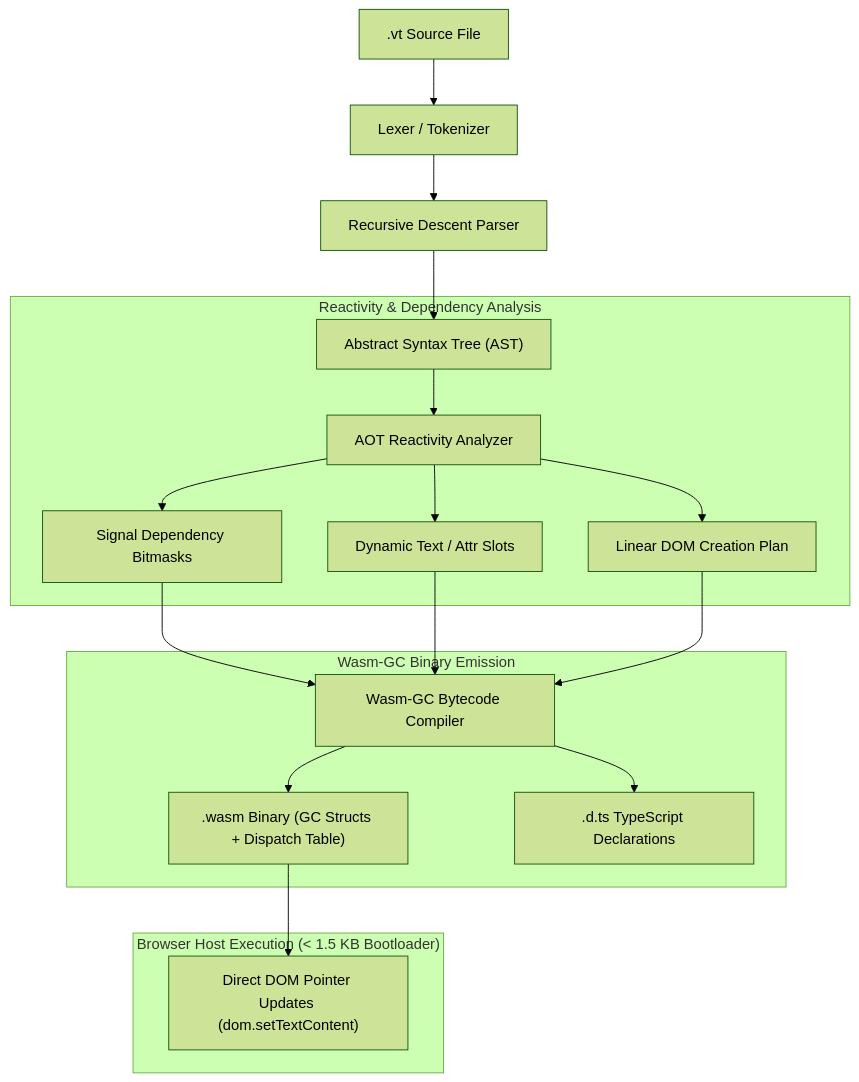
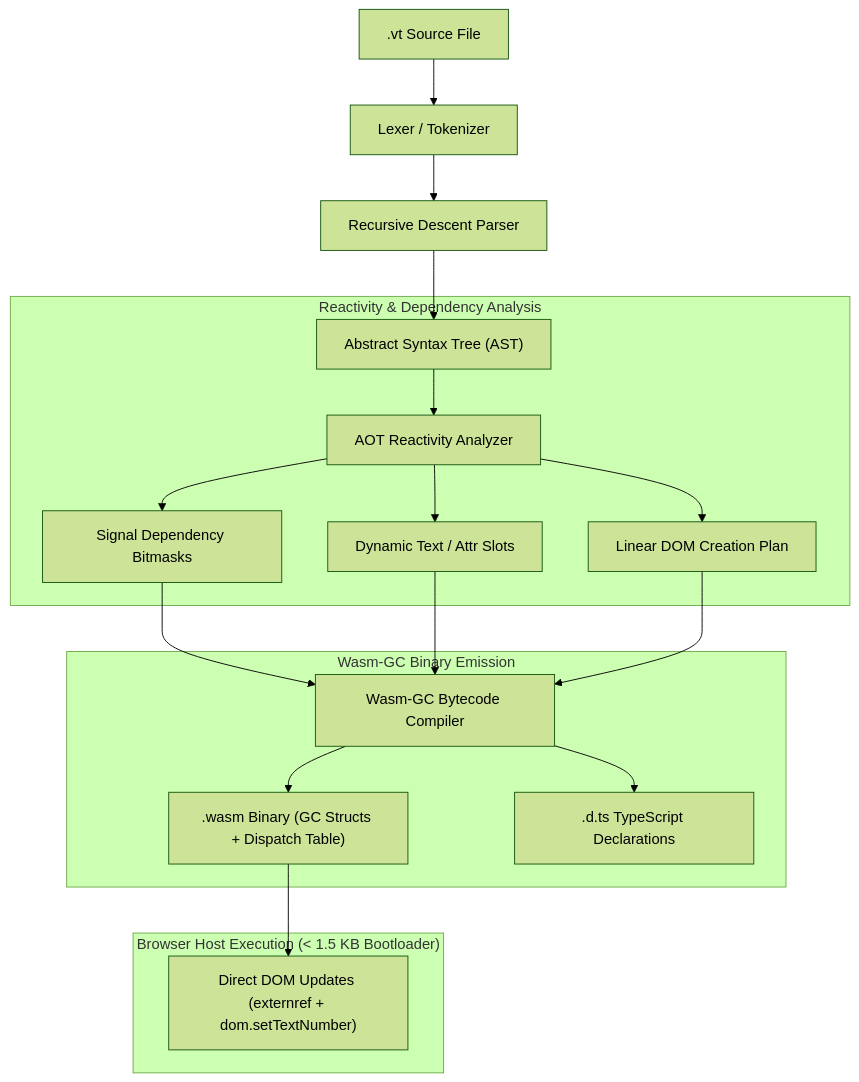
Before and after one commit to bshea-1/volt: the diagram in README.md, drawn with Mermaid (forest theme). The commit also changed other lines of this file and 12 other files, not shown here.

First line of the commit message:
Optimize reactivity with bitmask lowering, externref DOM integration, and AOT compiler passes

````diff
--- a/README.md
+++ b/README.md
@@ -76,25 +76,25 @@
 ```mermaid
 flowchart TD
     Source[".vt Source File"] --> Lexer["Lexer / Tokenizer"]
     Lexer --> Parser["Recursive Descent Parser"]
     Parser --> AST["Abstract Syntax Tree (AST)"]
     
     subgraph Analysis["Reactivity & Dependency Analysis"]
         AST --> ReactivePlan["AOT Reactivity Analyzer"]
         ReactivePlan --> SignalGraph["Signal Dependency Bitmasks"]
         ReactivePlan --> DynamicSlots["Dynamic Text / Attr Slots"]
         ReactivePlan --> ElementPlan["Linear DOM Creation Plan"]
     end
     
     subgraph Codegen["Wasm-GC Binary Emission"]
         SignalGraph --> WasmCompiler["Wasm-GC Bytecode Compiler"]
         DynamicSlots --> WasmCompiler
         ElementPlan --> WasmCompiler
         WasmCompiler --> WasmBinary[".wasm Binary (GC Structs + Dispatch Table)"]
         WasmCompiler --> DtsEmitter[".d.ts TypeScript Declarations"]
     end
     
     subgraph Runtime["Browser Host Execution (< 1.5 KB Bootloader)"]
-        WasmBinary --> HostDOM["Direct DOM Pointer Updates (dom.setTextContent)"]
+        WasmBinary --> HostDOM["Direct DOM Updates (externref + dom.setTextNumber)"]
     end
 ```
````
